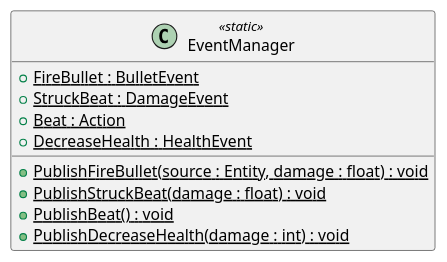
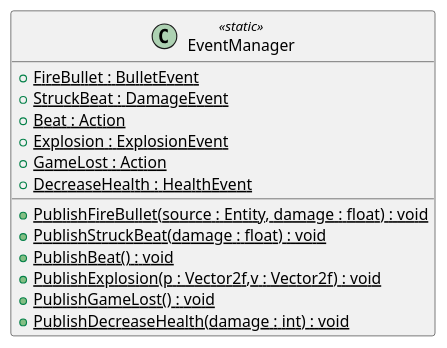
One commit to Ruby1405/PaceInvaders changed the diagram in plantuml/EventManager.puml. Above: the diagram before and after it, drawn with PlantUML. The commit also changed 17 other files, not shown here.

Commit message:
touchups and class diagram

```diff
--- a/plantuml/EventManager.puml
+++ b/plantuml/EventManager.puml
@@ -1,12 +1,16 @@
 @startuml
 class EventManager <<static>> {
     + {static} FireBullet : BulletEvent
     + {static} StruckBeat : DamageEvent
     + {static} Beat : Action
+    + {static} Explosion : ExplosionEvent
+    + {static} GameLost : Action
     + {static} DecreaseHealth : HealthEvent
     + {static} PublishFireBullet(source : Entity, damage : float) : void
     + {static} PublishStruckBeat(damage : float) : void
     + {static} PublishBeat() : void
+    + {static} PublishExplosion(p : Vector2f,v : Vector2f) : void
+    + {static} PublishGameLost() : void
     + {static} PublishDecreaseHealth(damage : int) : void
 }
 @enduml
```
